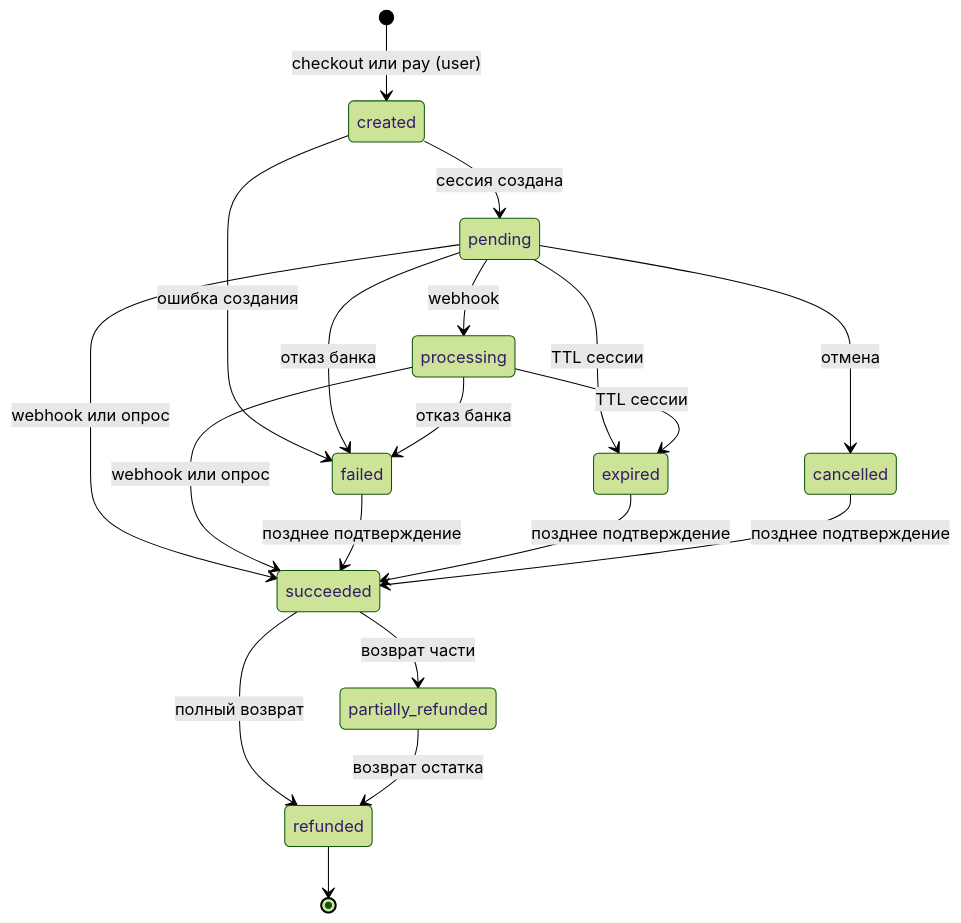
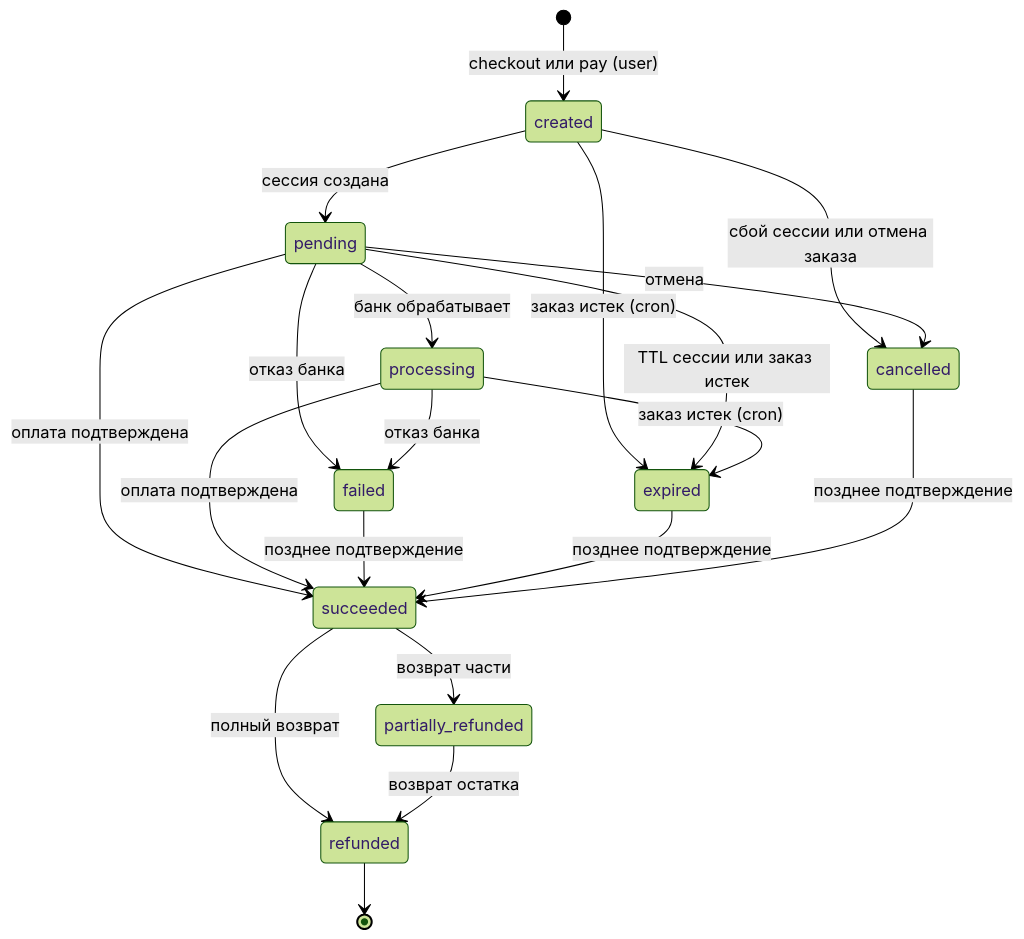
One commit to bomkot07/plan changed the fourth of 5 diagrams in docs/04-statuses.md. Above: the diagram before and after it, drawn with Mermaid (forest theme). The commit also changed other lines of this file and 22 other files, not shown here.

First line of the commit message:
WIP: finish v2 code fixes, algorithms doc and schema/status/architecture docs

````diff
--- a/docs/04-statuses.md
+++ b/docs/04-statuses.md
@@ -464,21 +483,22 @@
 ```mermaid
 stateDiagram-v2
     [*] --> created : checkout или pay (user)
     created --> pending : сессия создана
-    created --> failed : ошибка создания
-    pending --> processing : webhook
-    pending --> succeeded : webhook или опрос
+    created --> cancelled : сбой сессии или отмена заказа
+    created --> expired : заказ истек (cron)
+    pending --> processing : банк обрабатывает
+    pending --> succeeded : оплата подтверждена
     pending --> failed : отказ банка
     pending --> cancelled : отмена
-    pending --> expired : TTL сессии
-    processing --> succeeded : webhook или опрос
+    pending --> expired : TTL сессии или заказ истек
+    processing --> succeeded : оплата подтверждена
     processing --> failed : отказ банка
-    processing --> expired : TTL сессии
+    processing --> expired : заказ истек (cron)
     succeeded --> partially_refunded : возврат части
     succeeded --> refunded : полный возврат
     partially_refunded --> refunded : возврат остатка
     failed --> succeeded : позднее подтверждение
     expired --> succeeded : позднее подтверждение
     cancelled --> succeeded : позднее подтверждение
     refunded --> [*]
 ```
````
